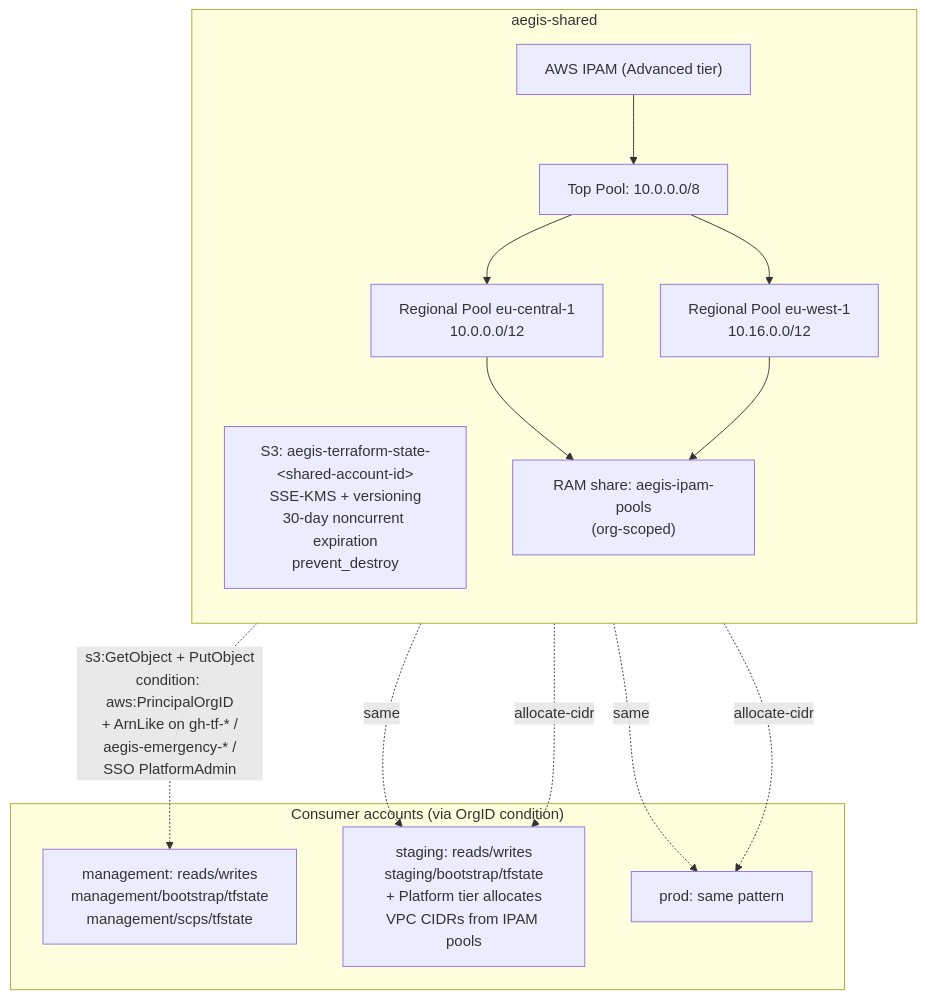
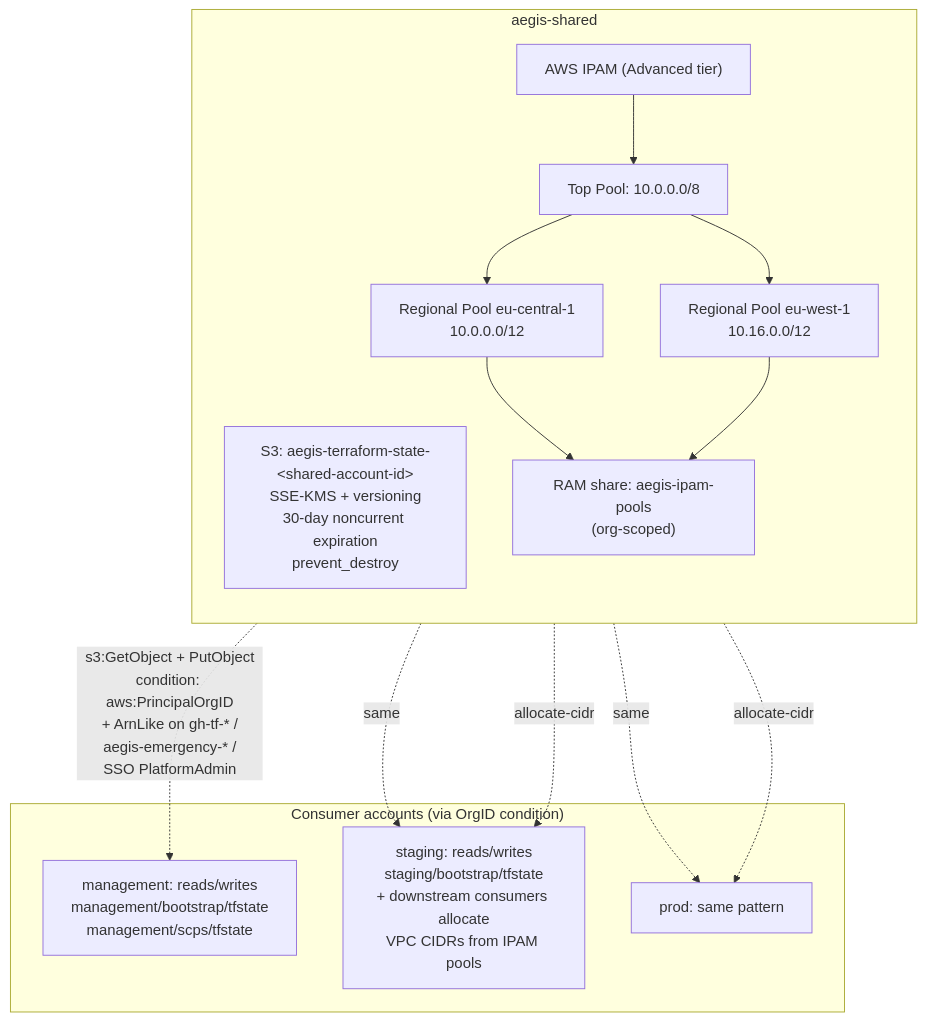
Before and after one commit to BinHsu/aegis-aws-landing-zone: the fourth of 5 diagrams in docs/architecture.md, drawn with Mermaid. The commit also changed other lines of this file and 53 other files, not shown here.

````diff
--- a/docs/architecture.md
+++ b/docs/architecture.md
@@ -138,33 +138,33 @@
 ```mermaid
 flowchart TB
   subgraph shared["aegis-shared"]
     direction TB
 
     bucket["S3: aegis-terraform-state-&lt;shared-account-id&gt;<br/>SSE-KMS + versioning<br/>30-day noncurrent expiration<br/>prevent_destroy"]
 
     ipam["AWS IPAM (Advanced tier)"]
     top["Top Pool: 10.0.0.0/8"]
     primary_pool["Regional Pool eu-central-1<br/>10.0.0.0/12"]
     dr_pool["Regional Pool eu-west-1<br/>10.16.0.0/12"]
 
     ram["RAM share: aegis-ipam-pools<br/>(org-scoped)"]
 
     ipam --> top
     top --> primary_pool
     top --> dr_pool
     primary_pool --> ram
     dr_pool --> ram
   end
 
   subgraph consumers["Consumer accounts (via OrgID condition)"]
     mgmt["management: reads/writes<br/>management/bootstrap/tfstate<br/>management/scps/tfstate"]
-    stg["staging: reads/writes<br/>staging/bootstrap/tfstate<br/>+ Platform tier allocates<br/>VPC CIDRs from IPAM pools"]
+    stg["staging: reads/writes<br/>staging/bootstrap/tfstate<br/>+ downstream consumers allocate<br/>VPC CIDRs from IPAM pools"]
     prd["prod: same pattern"]
   end
 
   bucket -. s3:GetObject + PutObject<br/>condition: aws:PrincipalOrgID<br/>+ ArnLike on gh-tf-* /<br/>aegis-emergency-* /<br/>SSO PlatformAdmin .-> mgmt
   bucket -. same .-> stg
   bucket -. same .-> prd
   ram -. allocate-cidr .-> stg
   ram -. allocate-cidr .-> prd
 ```
````
